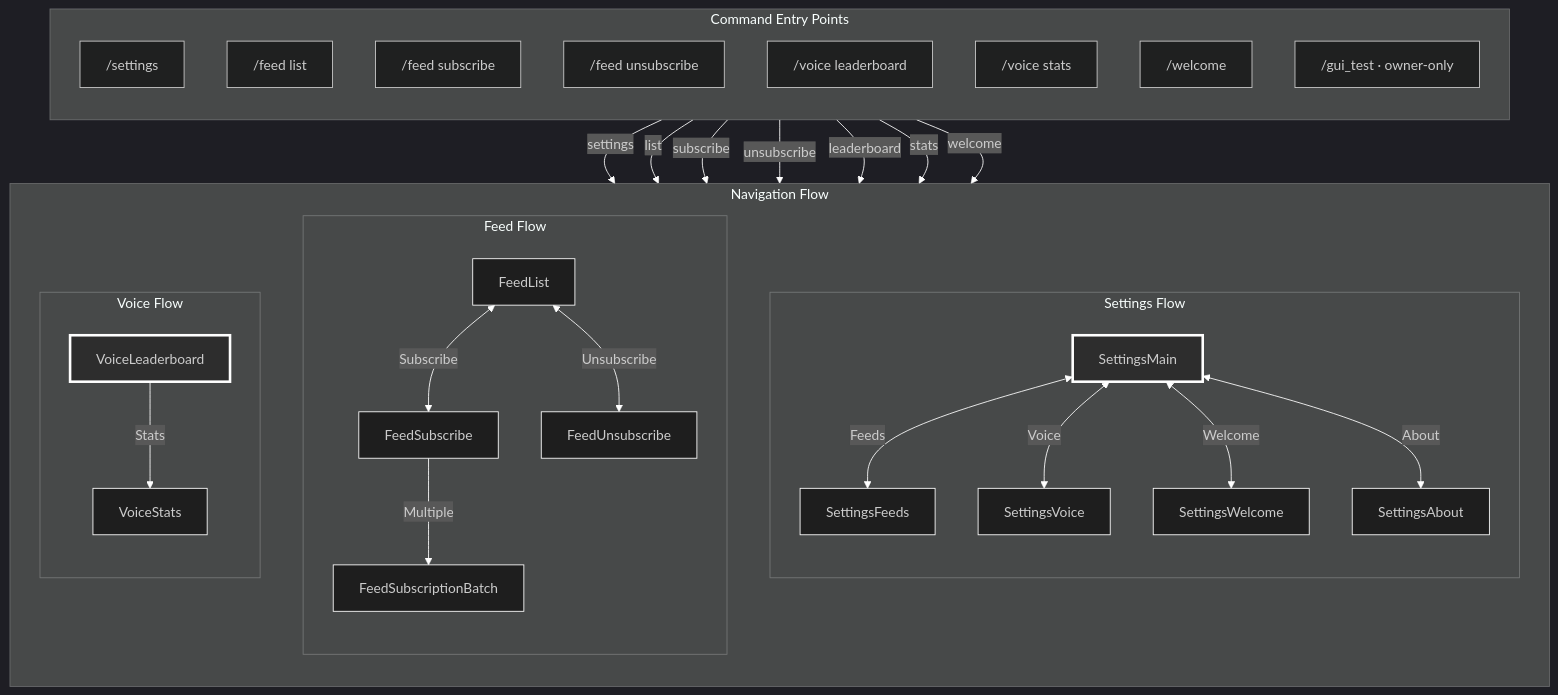
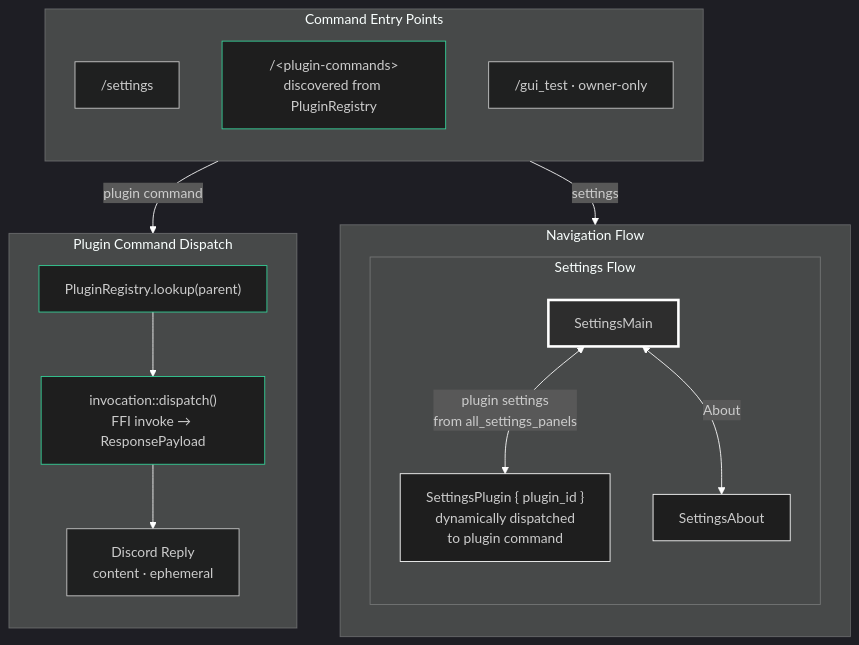
Before and after one commit to FAZuH/pwr-bot: the diagram in docs/diagrams/view-routes.mmd, drawn with Mermaid. The commit also changed 8 other files, not shown here.

First line of the commit message:
docs: update architecture docs

```diff
--- a/docs/diagrams/view-routes.mmd
+++ b/docs/diagrams/view-routes.mmd
@@ -1,84 +1,53 @@
 %%{init: {
   'theme': 'dark',
   'themeVariables': {
     'primaryColor': '#1e1e1e',
     'primaryTextColor': '#ffffff',
     'primaryBorderColor': '#ffffff',
     'lineColor': '#ffffff',
     'secondaryColor': '#2d2d2d',
     'tertiaryColor': '#1e1e1e',
     'noteBkgColor': '#2d2d2d',
     'noteTextColor': '#ffffff',
     'noteBorderColor': '#ffffff'
   }
 }}%%
 graph TB
     subgraph Commands["Command Entry Points"]
         direction TB
         SettingsCmd["/settings"]
-        FeedListCmd["/feed list"]
-        FeedSubCmd["/feed subscribe"]
-        FeedUnsubCmd["/feed unsubscribe"]
-        VoiceLBCmd["/voice leaderboard"]
-        VoiceStatsCmd["/voice stats"]
-        WelcomeCmd["/welcome"]
+        PluginCmds["/&lt;plugin-commands&gt;<br/>discovered from PluginRegistry"]
         GuiTestCmd["/gui_test  ·  owner-only"]
     end
     
     subgraph Navigation["Navigation Flow"]
         direction TB
         
         subgraph SettingsFlow["Settings Flow"]
             direction TB
             SettingsMain["SettingsMain"]
-            SettingsFeeds["SettingsFeeds"]
-            SettingsVoice["SettingsVoice"]
-            SettingsWelcome["SettingsWelcome"]
+            SettingsPlugin["SettingsPlugin { plugin_id }<br/>dynamically dispatched<br/>to plugin command"]
             SettingsAbout["SettingsAbout"]
             
-            SettingsMain <-->|Feeds| SettingsFeeds
-            SettingsMain <-->|Voice| SettingsVoice
-            SettingsMain <-->|Welcome| SettingsWelcome
+            SettingsMain <-->|plugin settings<br/>from all_settings_panels| SettingsPlugin
             SettingsMain <-->|About| SettingsAbout
-        end
-        
-        subgraph FeedFlow["Feed Flow"]
-            direction TB
-            FeedList["FeedList"]
-            FeedSubscribe["FeedSubscribe"]
-            FeedUnsubscribe["FeedUnsubscribe"]
-            FeedBatch["FeedSubscriptionBatch"]
-            
-            FeedList <-->|Subscribe| FeedSubscribe
-            FeedList <-->|Unsubscribe| FeedUnsubscribe
-            FeedSubscribe -->|Multiple| FeedBatch
-        end
-        
-        subgraph VoiceFlow["Voice Flow"]
-            direction TB
-            VoiceLeaderboard["VoiceLeaderboard"]
-            VoiceStats["VoiceStats"]
-            
-            VoiceLeaderboard -->|Stats| VoiceStats
         end
     end
     
+    subgraph PluginDispatch["Plugin Command Dispatch"]
+        direction TB
+        RegistryLookup["PluginRegistry.lookup(parent)"]
+        FfiDispatch["invocation::dispatch()<br/>FFI invoke → ResponsePayload"]
+        DiscordReply["Discord Reply<br/>content · ephemeral"]
+        RegistryLookup --> FfiDispatch --> DiscordReply
+    end
+    
     Commands -->|settings| SettingsMain
-    Commands -->|list| FeedList
-    Commands -->|subscribe| FeedSubscribe
-    Commands -->|unsubscribe| FeedUnsubscribe
-    Commands -->|leaderboard| VoiceLeaderboard
-    Commands -->|stats| VoiceStats
-    Commands -->|welcome| SettingsWelcome
+    Commands -->|plugin command| RegistryLookup
     
     style SettingsMain fill:#2d2d2d,stroke:#ffffff,stroke-width:3px
-    style SettingsFeeds fill:#1e1e1e,stroke:#ffffff
-    style SettingsVoice fill:#1e1e1e,stroke:#ffffff
-    style SettingsWelcome fill:#1e1e1e,stroke:#ffffff
+    style SettingsPlugin fill:#1e1e1e,stroke:#ffffff
     style SettingsAbout fill:#1e1e1e,stroke:#ffffff
-    style FeedList fill:#1e1e1e,stroke:#ffffff
-    style FeedSubscribe fill:#1e1e1e,stroke:#ffffff
-    style FeedUnsubscribe fill:#1e1e1e,stroke:#ffffff
-    style FeedBatch fill:#1e1e1e,stroke:#ffffff
-    style VoiceLeaderboard fill:#2d2d2d,stroke:#ffffff,stroke-width:3px
-    style VoiceStats fill:#1e1e1e,stroke:#ffffff
+    style RegistryLookup fill:#1e1e1e,stroke:#34d399
+    style FfiDispatch fill:#1e1e1e,stroke:#34d399
+    style PluginCmds fill:#1e1e1e,stroke:#34d399
```
